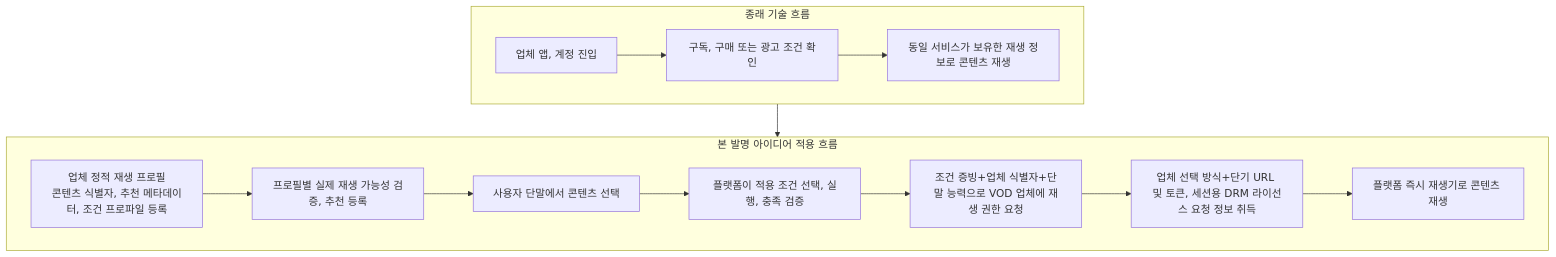
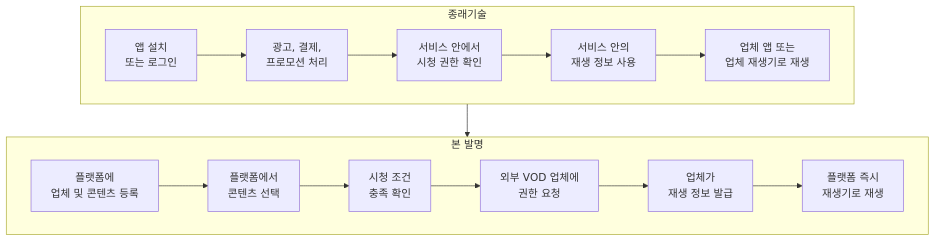
Before and after one commit to growdai1y/instant-play: the second of 12 diagrams in instant_play_직무발명서.md, drawn with Mermaid. The commit also changed other lines of this file, not shown here.

````diff
--- a/instant_play_직무발명서.md
+++ b/instant_play_직무발명서.md
@@ -83,18 +85,26 @@
 ```mermaid
 flowchart TB
-    subgraph OLD["종래 기술 흐름"]
-        O1["업체 앱, 계정 진입"] --> O2["구독, 구매 또는 광고 조건 확인"]
-        O2 --> O3["동일 서비스가 보유한 재생 정보로 콘텐츠 재생"]
+    subgraph OLD["종래기술"]
+        direction LR
+        O1["앱 설치<br/>또는 로그인"]
+        O2["광고, 결제,<br/>프로모션 처리"]
+        O3["서비스 안에서<br/>시청 권한 확인"]
+        O4["서비스 안의<br/>재생 정보 사용"]
+        O5["업체 앱 또는<br/>업체 재생기로 재생"]
+        O1 --> O2 --> O3 --> O4 --> O5
     end
 
-    subgraph NEW["본 발명 아이디어 적용 흐름"]
-        N1["업체 정적 재생 프로필<br/>콘텐츠 식별자, 추천 메타데이터, 조건 프로파일 등록"] --> N2["프로필별 실제 재생 가능성 검증, 추천 등록"]
-        N2 --> N3["사용자 단말에서 콘텐츠 선택"]
-        N3 --> N4["플랫폼이 적용 조건 선택, 실행, 충족 검증"]
-        N4 --> N5["조건 증빙+업체 식별자+단말 능력으로 VOD 업체에 재생 권한 요청"]
-        N5 --> N6["업체 선택 방식+단기 URL 및 토큰, 세션용 DRM 라이선스 요청 정보 취득"]
-        N6 --> N7["플랫폼 즉시 재생기로 콘텐츠 재생"]
+    subgraph NEW["본 발명"]
+        direction LR
+        N1["플랫폼에<br/>업체 및 콘텐츠 등록"]
+        N2["플랫폼에서<br/>콘텐츠 선택"]
+        N3["시청 조건<br/>충족 확인"]
+        N4["외부 VOD 업체에<br/>권한 요청"]
+        N5["업체가<br/>재생 정보 발급"]
+        N6["플랫폼 즉시<br/>재생기로 재생"]
+        N1 --> N2 --> N3 --> N4 --> N5 --> N6
     end
 
     OLD --> NEW
+
 ```
````
